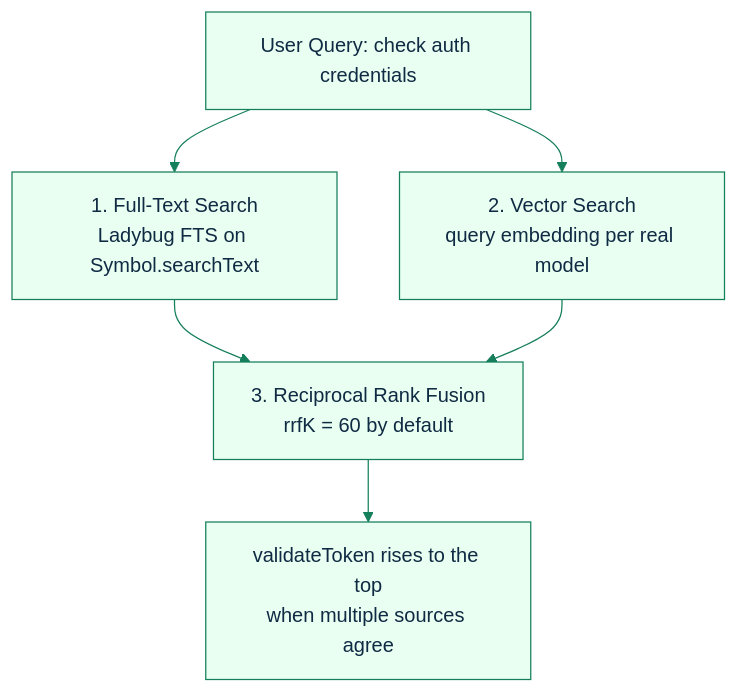
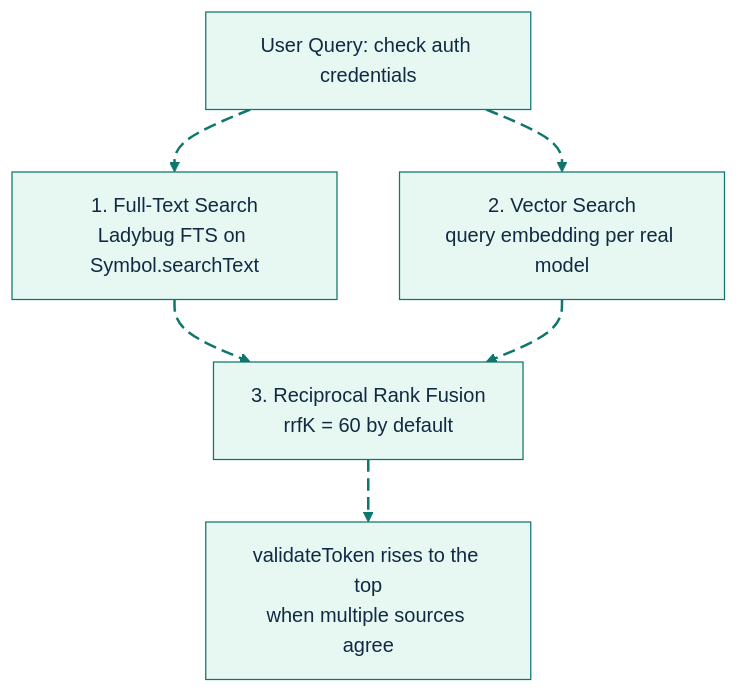
The third of 13 diagrams in docs/feature-deep-dives/semantic-engine.md (GlitterKill/sdl-mcp), drawn with Mermaid before and after one commit. The commit also changed other lines of this file and 33 other files, not shown here.

First line of the commit message:
docs: update mermaid diagram themes and styling across documentation

````diff
--- a/docs/feature-deep-dives/semantic-engine.md
+++ b/docs/feature-deep-dives/semantic-engine.md
@@ -263,13 +284,22 @@
 ```mermaid
-%%{init: {"theme":"base","themeVariables":{"primaryColor":"#e8fff1","primaryBorderColor":"#157f5b","primaryTextColor":"#102a43","secondaryColor":"#eef6ff","secondaryBorderColor":"#2563eb","tertiaryColor":"#fff4d6","tertiaryBorderColor":"#b45309","lineColor":"#157f5b","fontFamily":"Trebuchet MS, Arial"},"flowchart":{"curve":"basis"}}}%%
+%%{init: {"theme":"base","themeVariables":{"background":"#ffffff","primaryColor":"#E7F8F2","primaryBorderColor":"#0F766E","primaryTextColor":"#102A43","secondaryColor":"#E8F1FF","secondaryBorderColor":"#2563EB","secondaryTextColor":"#102A43","tertiaryColor":"#FFF4D6","tertiaryBorderColor":"#B45309","tertiaryTextColor":"#102A43","lineColor":"#0F766E","textColor":"#102A43","fontFamily":"Inter, ui-sans-serif, system-ui, -apple-system, BlinkMacSystemFont, Segoe UI, sans-serif"},"flowchart":{"curve":"basis","htmlLabels":true}}}%%
 flowchart TD
-    Query["User Query: check auth credentials"] --> FTS["1. Full-Text Search
+    Query["User Query: check auth credentials"] e1@--> FTS["1. Full-Text Search
 Ladybug FTS on Symbol.searchText"]
-    Query --> Vector["2. Vector Search
+    Query e2@--> Vector["2. Vector Search
 query embedding per real model"]
-    FTS --> RRF["3. Reciprocal Rank Fusion
+    FTS e3@--> RRF["3. Reciprocal Rank Fusion
 rrfK = 60 by default"]
-    Vector --> RRF
-    RRF --> Result["validateToken rises to the top
+    Vector e4@--> RRF
+    RRF e5@--> Result["validateToken rises to the top
 when multiple sources agree"]
+
+    classDef source fill:#E7F8F2,stroke:#0F766E,stroke-width:2px,color:#102A43;
+    classDef process fill:#E8F1FF,stroke:#2563EB,stroke-width:2px,color:#102A43;
+    classDef decision fill:#FFF4D6,stroke:#B45309,stroke-width:2px,color:#102A43;
+    classDef storage fill:#F2E8FF,stroke:#7C3AED,stroke-width:2px,color:#102A43;
+    classDef output fill:#FFE8EF,stroke:#BE123C,stroke-width:2px,color:#102A43;
+    classDef muted fill:#F8FAFC,stroke:#64748B,stroke-width:1px,color:#102A43;
+    classDef animate stroke:#0F766E,stroke-width:2px,stroke-dasharray:10\,5,stroke-dashoffset:900,animation:dash 22s linear infinite;
+    class e1,e2,e3,e4,e5 animate;
 ```
````
